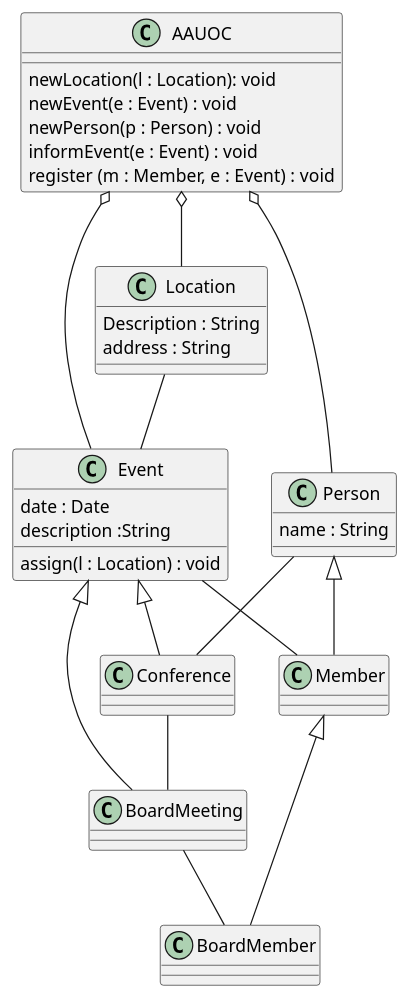
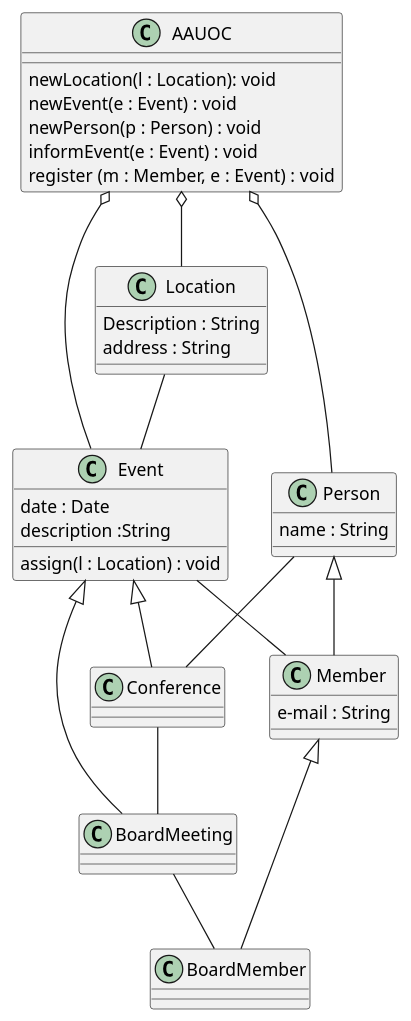
One commit to DaniJorCa/UMLDanielJordanCarre-o changed the diagram in src/UOC.puml. Above: the diagram before and after it, drawn with PlantUML.

Commit message:
Atributos Member

```diff
--- a/src/UOC.puml
+++ b/src/UOC.puml
@@ -1,44 +1,48 @@
 @startuml
 
 
 Conference -- BoardMeeting
 Event <|-- Conference
 Event <|-- BoardMeeting
 
 Person <|-- Member
 Member <|-- BoardMember
 
 Person -- Conference
 BoardMeeting -- BoardMember
 Event -- Member
 Location -- Event
 
 AAUOC o-- Person
 AAUOC o-- Event
 AAUOC o-- Location
 
 class AAUOC{
 newLocation(l : Location): void
 newEvent(e : Event) : void
 newPerson(p : Person) : void
 informEvent(e : Event) : void
 register (m : Member, e : Event) : void
 }
 
 class Location{
 Description : String
 address : String
 }
 
 class Event{
 date : Date
 description :String
 assign(l : Location) : void
 }
 
 class Person{
 name : String
 }
 
+class Member{
+e-mail : String
+}
+
 
 @enduml
```
